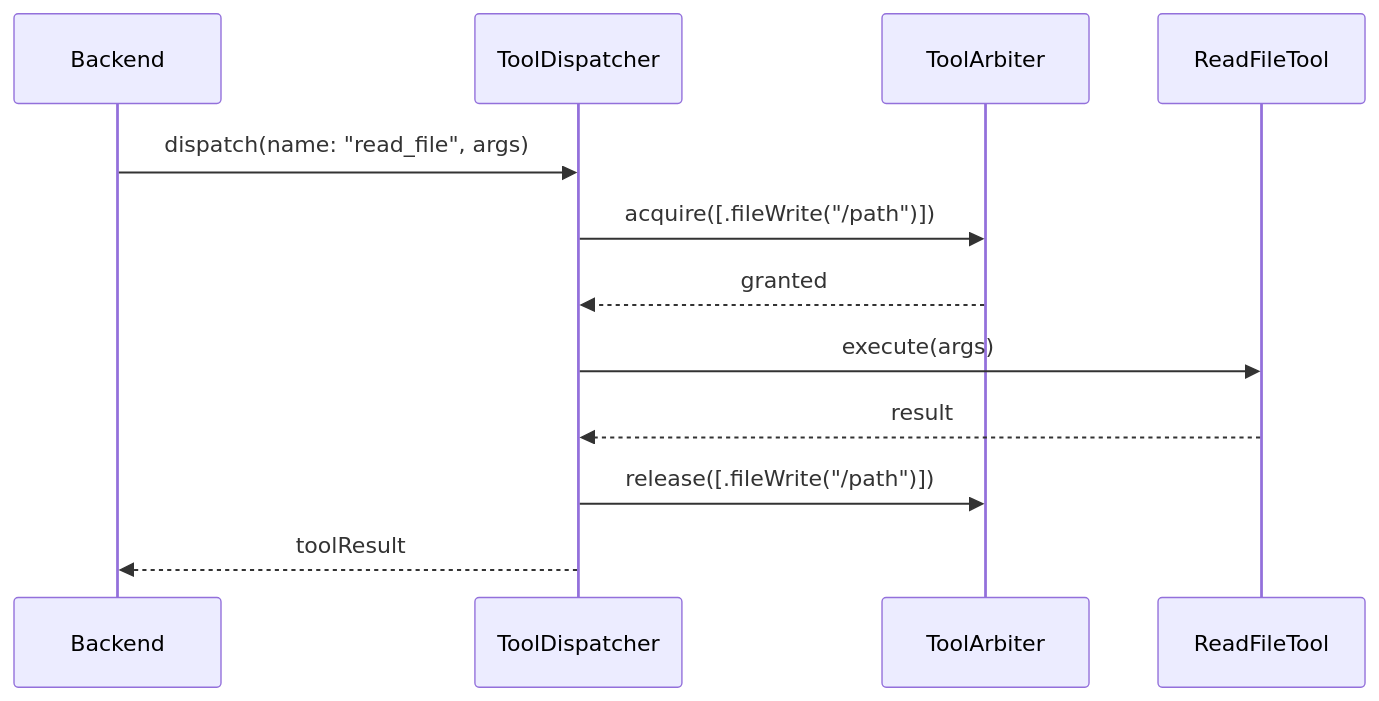
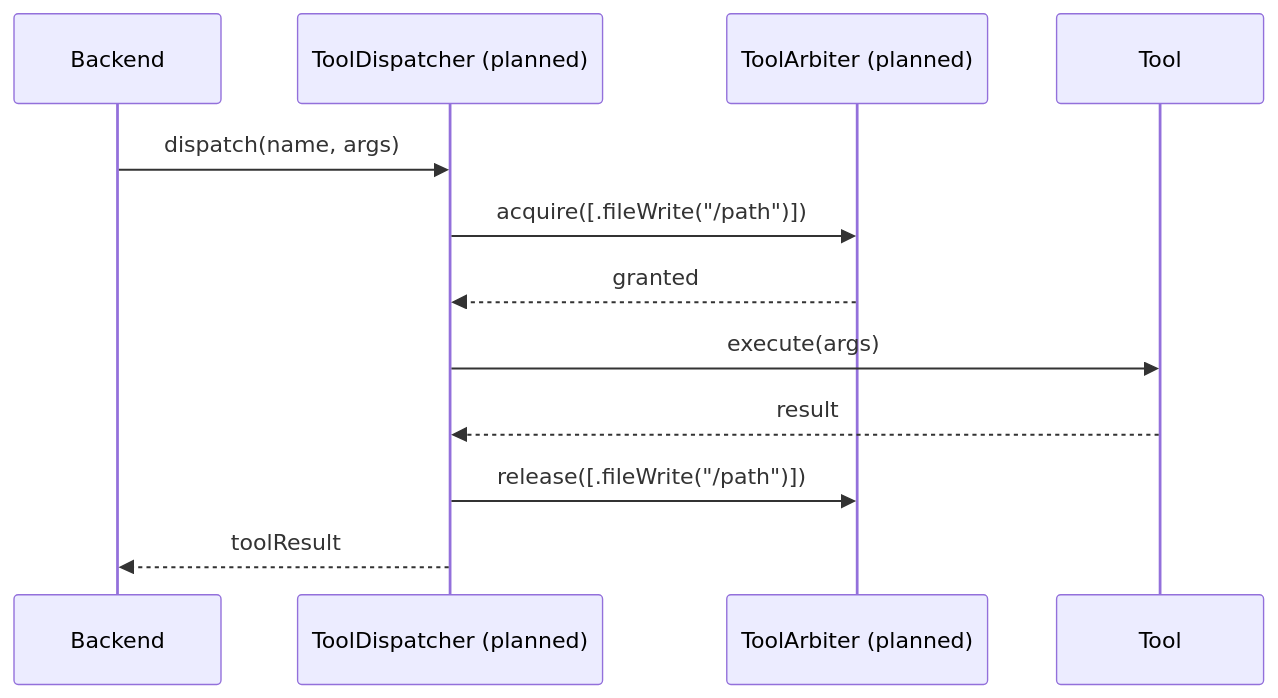
The third of 5 diagrams in docs/architecture.md (ErkutYavuzer/pixel-agent), drawn with Mermaid before and after one commit. The commit also changed other lines of this file and 2 other files, not shown here.

First line of the commit message:
docs: konsolidasyon — README + architecture.md v0.2.4 ile senkron

````diff
--- a/docs/architecture.md
+++ b/docs/architecture.md
@@ -49,15 +72,15 @@
 ```mermaid
 sequenceDiagram
     participant Backend
-    participant Dispatcher as ToolDispatcher
-    participant Arbiter as ToolArbiter
-    participant Tool as ReadFileTool
+    participant Dispatcher as ToolDispatcher (planned)
+    participant Arbiter as ToolArbiter (planned)
+    participant Tool
 
-    Backend->>Dispatcher: dispatch(name: "read_file", args)
+    Backend->>Dispatcher: dispatch(name, args)
     Dispatcher->>Arbiter: acquire([.fileWrite("/path")])
     Arbiter-->>Dispatcher: granted
     Dispatcher->>Tool: execute(args)
     Tool-->>Dispatcher: result
     Dispatcher->>Arbiter: release([.fileWrite("/path")])
     Dispatcher-->>Backend: toolResult
 ```
````
